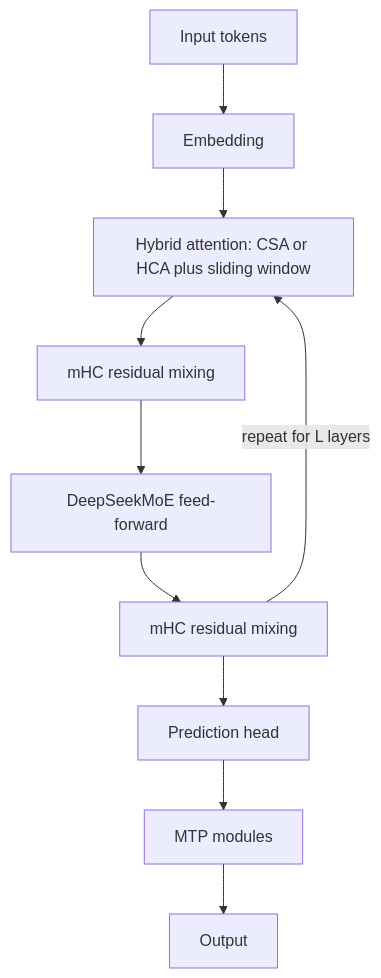
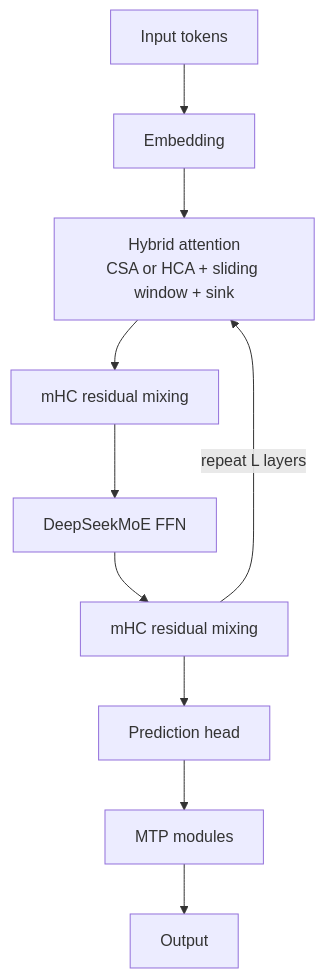
The first of 3 diagrams in notes/step-05-modern-llm-architecture/076-decoding-deepseek-v4.md (kaisarnajar/outcome-school-blogs), drawn with Mermaid before and after one commit. The commit also changed other lines of this file and 233 other files, not shown here.

````diff
--- a/notes/step-05-modern-llm-architecture/076-decoding-deepseek-v4.md
+++ b/notes/step-05-modern-llm-architecture/076-decoding-deepseek-v4.md
@@ -38,12 +76,12 @@
 ```mermaid
 flowchart TD
-    A["Input tokens"] --> B["Embedding"]
-    B --> C["Hybrid attention: CSA or HCA plus sliding window"]
-    C --> D["mHC residual mixing"]
-    D --> E["DeepSeekMoE feed-forward"]
-    E --> F["mHC residual mixing"]
-    F -->|"repeat for L layers"| C
-    F --> G["Prediction head"]
-    G --> H["MTP modules"]
-    H --> I["Output"]
+A1["Input tokens"] --> B1["Embedding"]
+B1 --> C1["Hybrid attention<br/>CSA or HCA + sliding window + sink"]
+C1 --> D1["mHC residual mixing"]
+D1 --> E1["DeepSeekMoE FFN"]
+E1 --> F1["mHC residual mixing"]
+F1 -->|"repeat L layers"| C1
+F1 --> G1["Prediction head"]
+G1 --> H1["MTP modules"]
+H1 --> I1["Output"]
 ```
````
